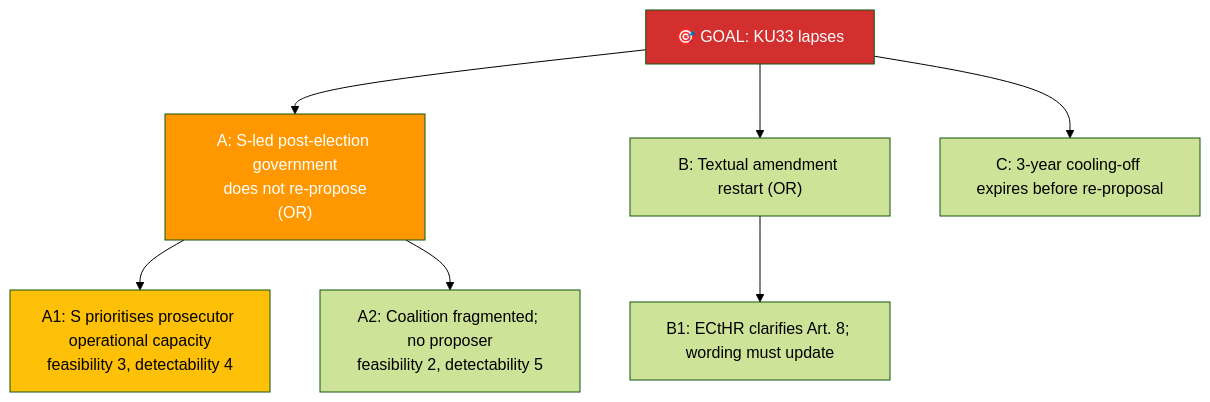
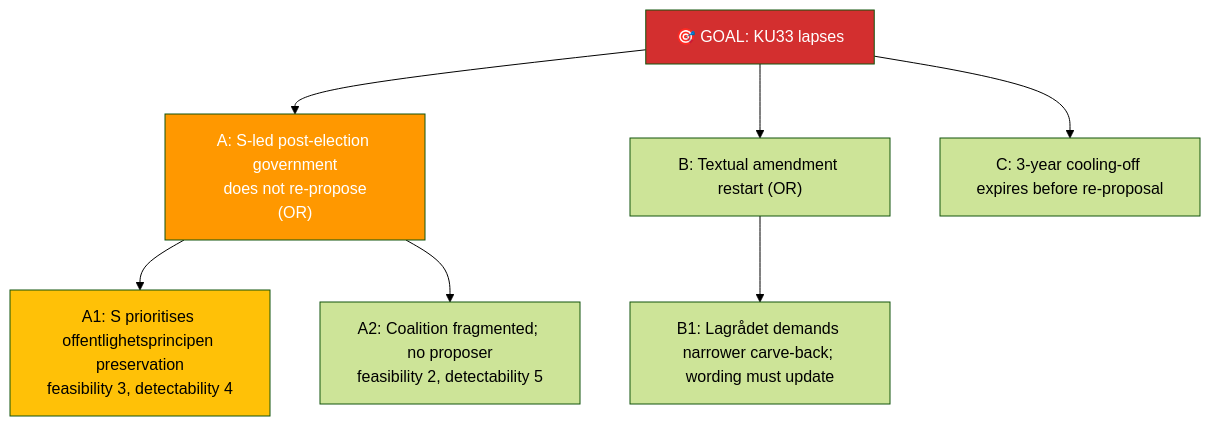
One commit to Hack23/riksdagsmonitor changed the second of 2 diagrams in analysis/daily/2026-04-21/committeeReports/documents/HD01KU33-analysis.md. Above: the diagram before and after it, drawn with Mermaid (forest theme). The commit also changed other lines of this file and 5 other files, not shown here.

````diff
--- a/analysis/daily/2026-04-21/committeeReports/documents/HD01KU33-analysis.md
+++ b/analysis/daily/2026-04-21/committeeReports/documents/HD01KU33-analysis.md
@@ -100,13 +106,13 @@
 ```mermaid
 graph TB
     ROOT["🎯 GOAL: KU33 lapses"]
     ROOT --> A["A: S-led post-election government<br/>does not re-propose<br/>(OR)"]
     ROOT --> B["B: Textual amendment restart (OR)"]
     ROOT --> C["C: 3-year cooling-off expires before re-proposal"]
-    A --> A1["A1: S prioritises prosecutor operational capacity<br/>feasibility 3, detectability 4"]
+    A --> A1["A1: S prioritises offentlighetsprincipen preservation<br/>feasibility 3, detectability 4"]
     A --> A2["A2: Coalition fragmented; no proposer<br/>feasibility 2, detectability 5"]
-    B --> B1["B1: ECtHR clarifies Art. 8; wording must update"]
+    B --> B1["B1: Lagrådet demands narrower carve-back; wording must update"]
     style ROOT fill:#D32F2F,color:#FFF
     style A fill:#FF9800,color:#FFF
     style A1 fill:#FFC107,color:#000
 ```
````
